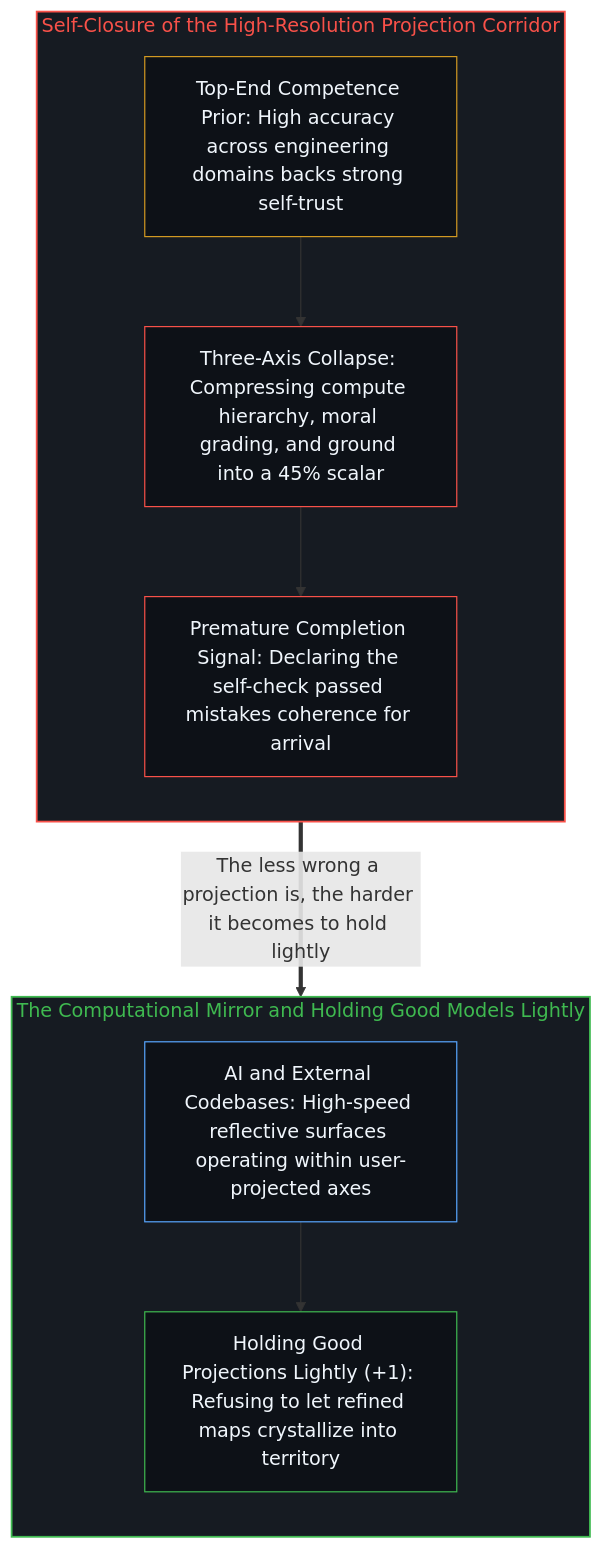
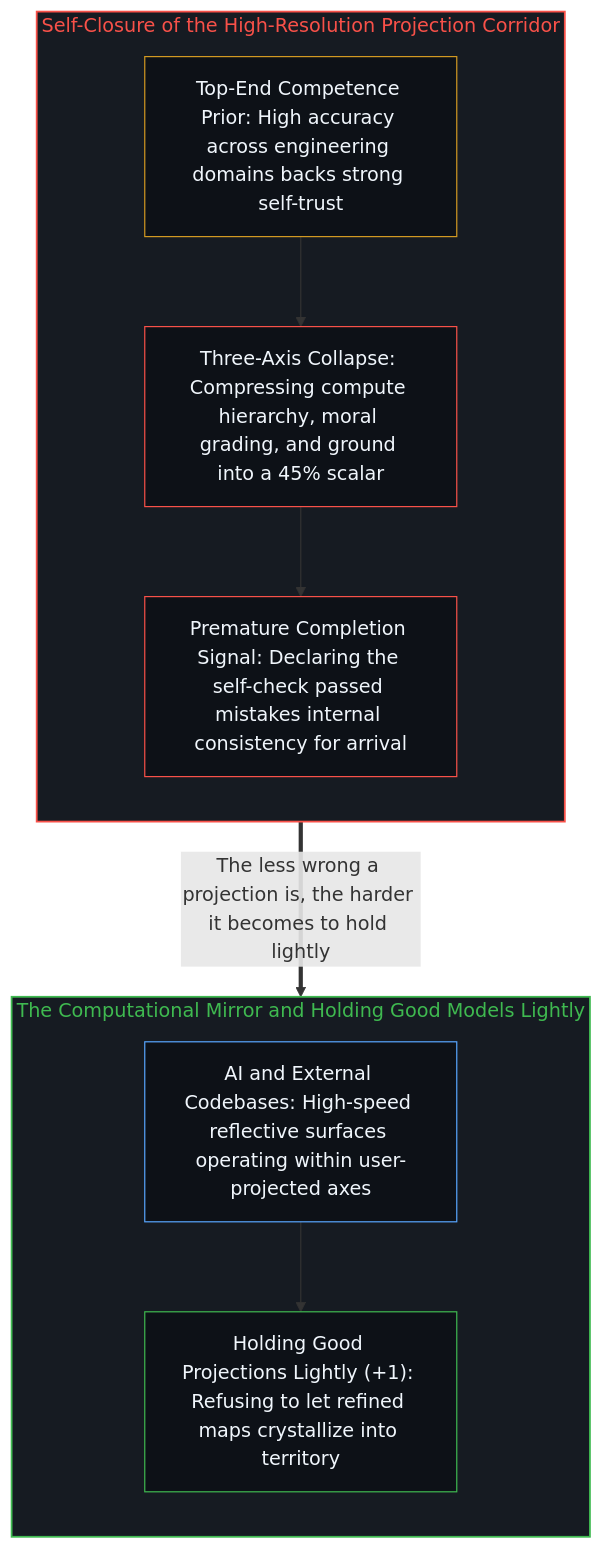
The second of 2 diagrams in content/posts/intelligence-traps-itself.md (powerpig99/not-a-toe), drawn with Mermaid before and after one commit. The commit also changed other lines of this file and 1 other file, not shown here.

````diff
--- a/content/posts/intelligence-traps-itself.md
+++ b/content/posts/intelligence-traps-itself.md
@@ -44,24 +44,24 @@
 ```mermaid
 flowchart TD
     subgraph S_Corridor["Self-Closure of the High-Resolution Projection Corridor"]
         direction TB
         Prior["Top-End Competence Prior: High accuracy across engineering domains backs strong self-trust"]
         Collapse["Three-Axis Collapse: Compressing compute hierarchy, moral grading, and ground into a 45% scalar"]
-        Arrive["Premature Completion Signal: Declaring the self-check passed mistakes coherence for arrival"]
+        Arrive["Premature Completion Signal: Declaring the self-check passed mistakes internal consistency for arrival"]
         Prior --> Collapse --> Arrive
     end
     subgraph S_Mirror["The Computational Mirror and Holding Good Models Lightly"]
         direction TB
         Mirror["AI and External Codebases: High-speed reflective surfaces operating within user-projected axes"]
         Light["Holding Good Projections Lightly (+1): Refusing to let refined maps crystallize into territory"]
         Mirror --> Light
     end
     Arrive ==>|"The less wrong a projection is, the harder it becomes to hold lightly"| Mirror
     style S_Corridor fill:#161b22,stroke:#f85149,stroke-width:1.5px,color:#f85149
     style S_Mirror fill:#161b22,stroke:#3fb950,stroke-width:1.5px,color:#3fb950
     style Prior fill:#0d1117,stroke:#d29922,stroke-width:1px,color:#f0f6fc
     style Collapse fill:#0d1117,stroke:#f85149,stroke-width:1px,color:#f0f6fc
     style Arrive fill:#0d1117,stroke:#f85149,stroke-width:1px,color:#f0f6fc
     style Mirror fill:#0d1117,stroke:#58a6ff,stroke-width:1px,color:#f0f6fc
     style Light fill:#0d1117,stroke:#3fb950,stroke-width:1px,color:#f0f6fc
 ```
````
